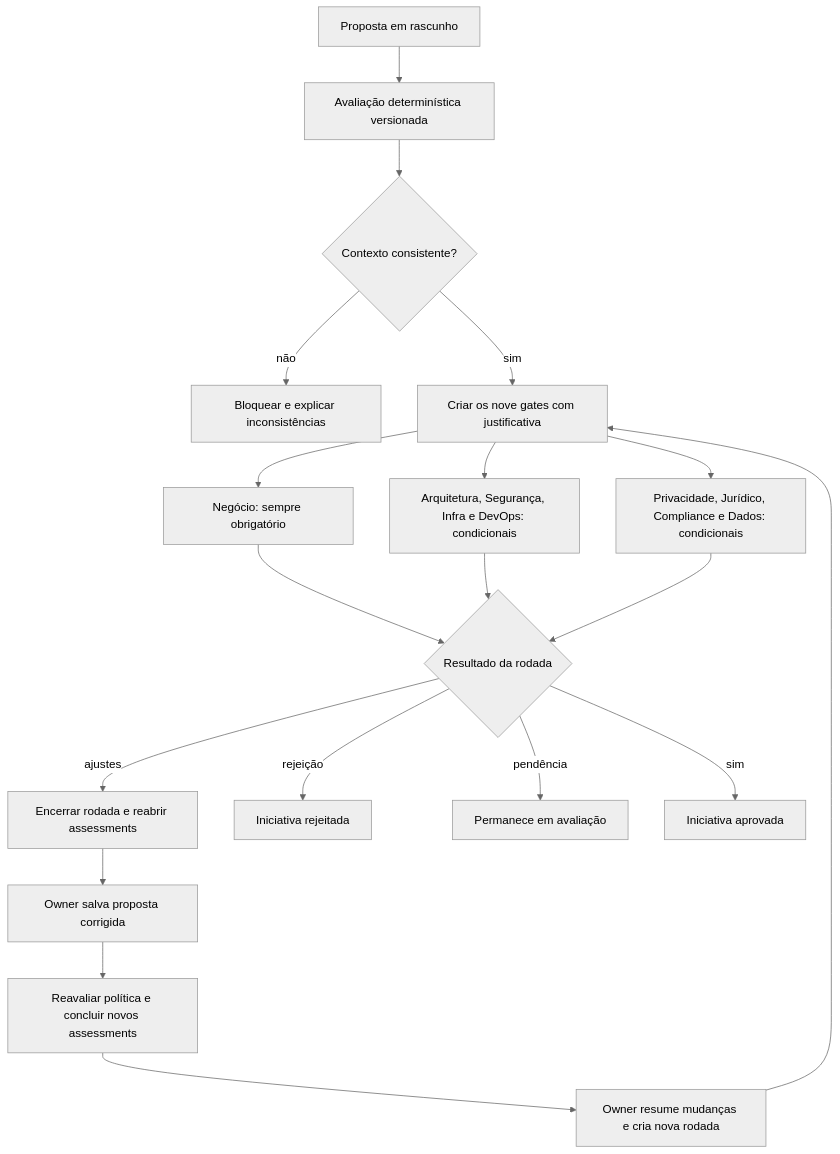
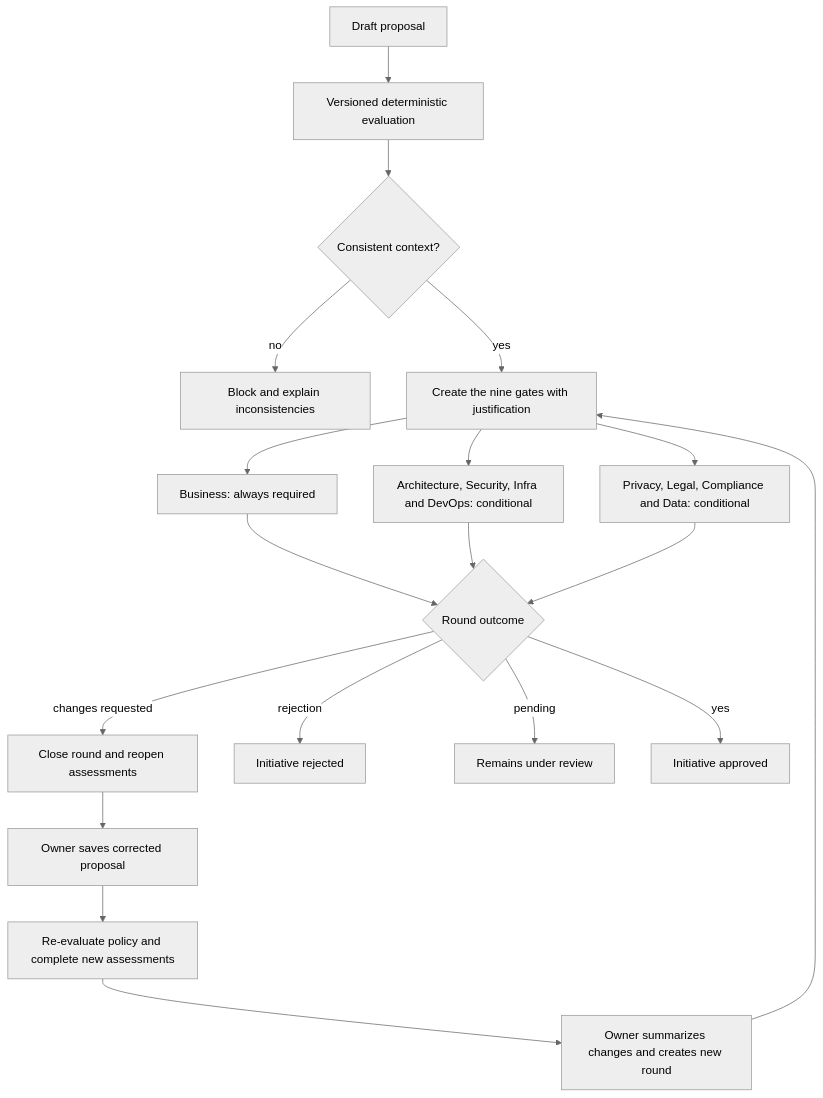
One commit to brunovicco/verifiable-ai-governance changed the diagram in docs/governance/APPROVAL_FLOW.md. Above: the diagram before and after it, drawn with Mermaid (neutral theme). The commit also changed other lines of this file and 42 other files, not shown here.

````diff
--- a/docs/governance/APPROVAL_FLOW.md
+++ b/docs/governance/APPROVAL_FLOW.md
@@ -3,21 +3,21 @@
 ```mermaid
 flowchart TD
-  D["Proposta em rascunho"] --> E["Avaliação determinística versionada"]
-  E --> C{"Contexto consistente?"}
-  C -- não --> B["Bloquear e explicar inconsistências"]
-  C -- sim --> G["Criar os nove gates com justificativa"]
-  G --> N["Negócio: sempre obrigatório"]
-  G --> T["Arquitetura, Segurança, Infra e DevOps: condicionais"]
-  G --> R["Privacidade, Jurídico, Compliance e Dados: condicionais"]
-  N --> A{"Resultado da rodada"}
+  D["Draft proposal"] --> E["Versioned deterministic evaluation"]
+  E --> C{"Consistent context?"}
+  C -- no --> B["Block and explain inconsistencies"]
+  C -- yes --> G["Create the nine gates with justification"]
+  G --> N["Business: always required"]
+  G --> T["Architecture, Security, Infra and DevOps: conditional"]
+  G --> R["Privacy, Legal, Compliance and Data: conditional"]
+  N --> A{"Round outcome"}
   T --> A
   R --> A
-  A -- ajustes --> J["Encerrar rodada e reabrir assessments"]
-  J --> V["Owner salva proposta corrigida"]
-  V --> Q["Reavaliar política e concluir novos assessments"]
-  Q --> S["Owner resume mudanças e cria nova rodada"]
+  A -- changes requested --> J["Close round and reopen assessments"]
+  J --> V["Owner saves corrected proposal"]
+  V --> Q["Re-evaluate policy and complete new assessments"]
+  Q --> S["Owner summarizes changes and creates new round"]
   S --> G
-  A -- rejeição --> X["Iniciativa rejeitada"]
-  A -- pendência --> W["Permanece em avaliação"]
-  A -- sim --> P["Iniciativa aprovada"]
+  A -- rejection --> X["Initiative rejected"]
+  A -- pending --> W["Remains under review"]
+  A -- yes --> P["Initiative approved"]
 ```
````
